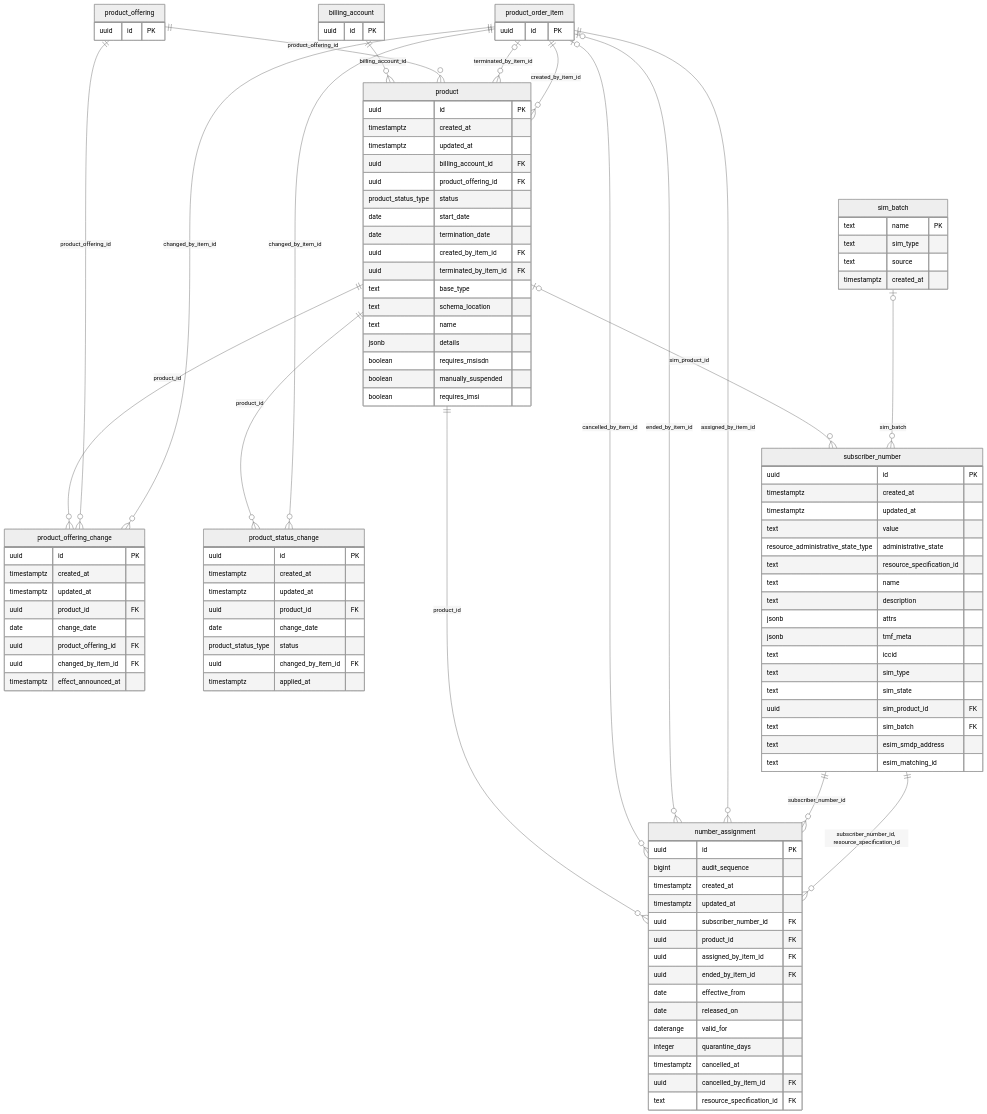
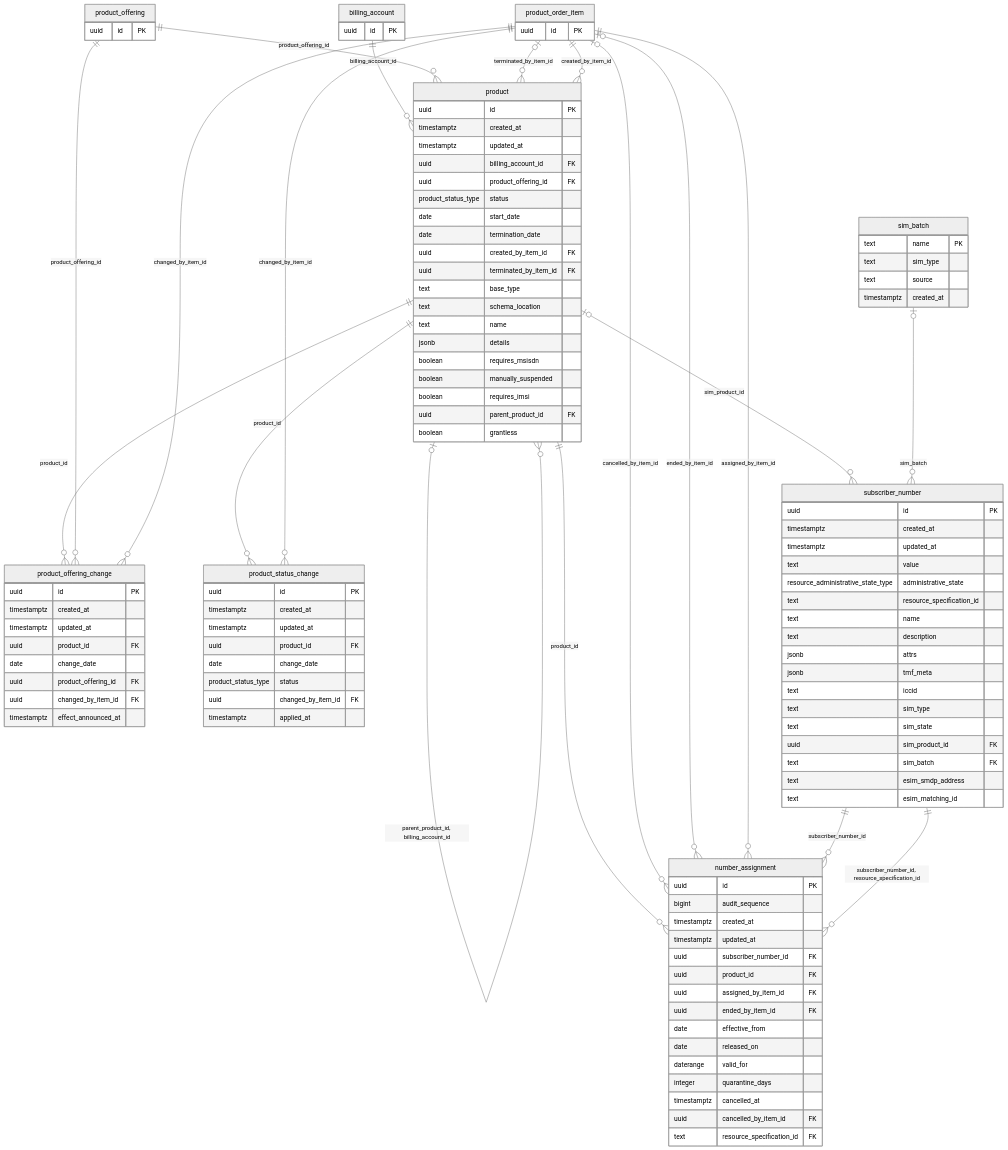
One commit to altharmz/bss changed the fifth of 9 diagrams in docs/db/README.md. Above: the diagram before and after it, drawn with Mermaid (neutral theme). The commit also changed other lines of this file and 33 other files, not shown here.

```diff
--- a/docs/db/README.md
+++ b/docs/db/README.md
@@ -603,6 +606,8 @@
     boolean requires_msisdn
     boolean manually_suspended
     boolean requires_imsi
+    uuid parent_product_id FK
+    boolean grantless
   }
   product_offering_change {
     uuid id PK
@@ -676,6 +681,7 @@
     uuid id PK
   }
   billing_account ||--o{ product : "billing_account_id"
+  product |o--o{ product : "parent_product_id, billing_account_id"
   product |o--o{ subscriber_number : "sim_product_id"
   product ||--o{ number_assignment : "product_id"
   product ||--o{ product_offering_change : "product_id"
```
